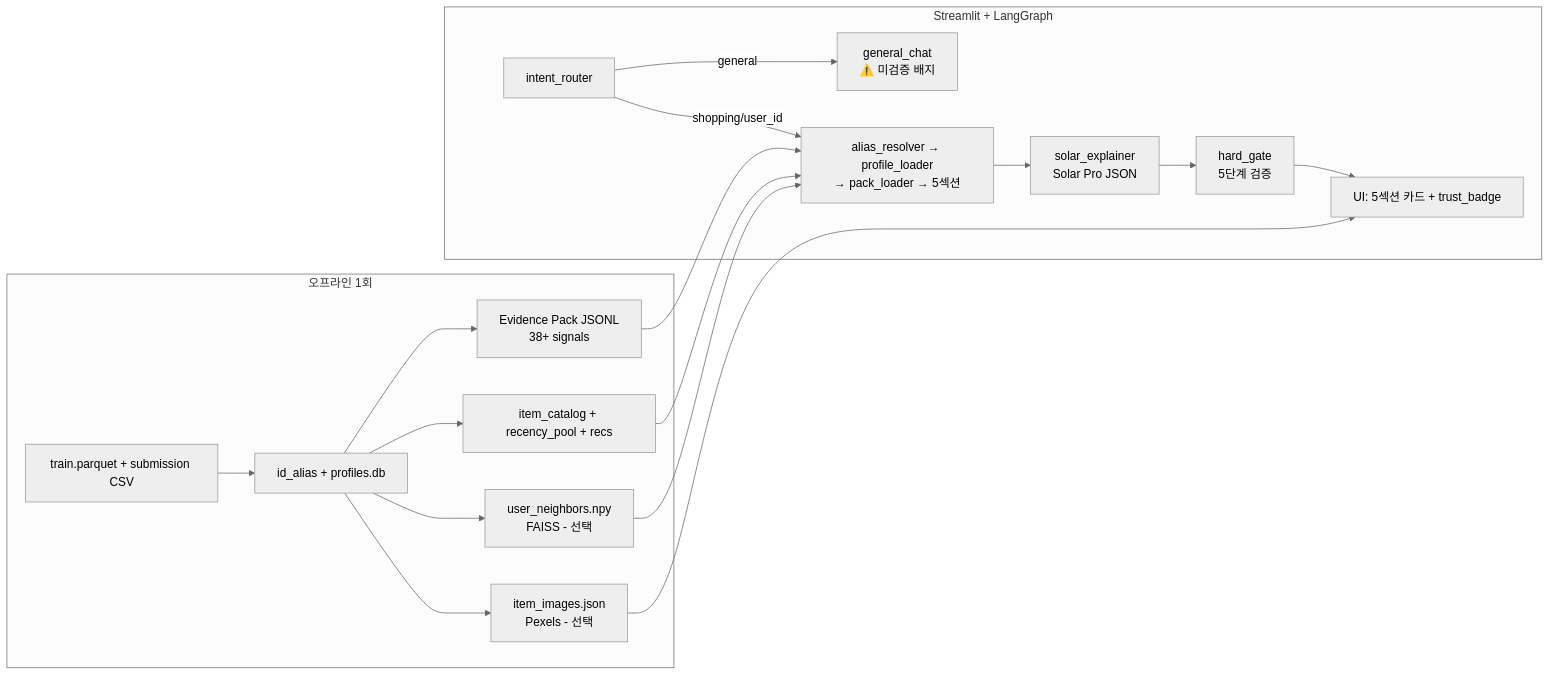
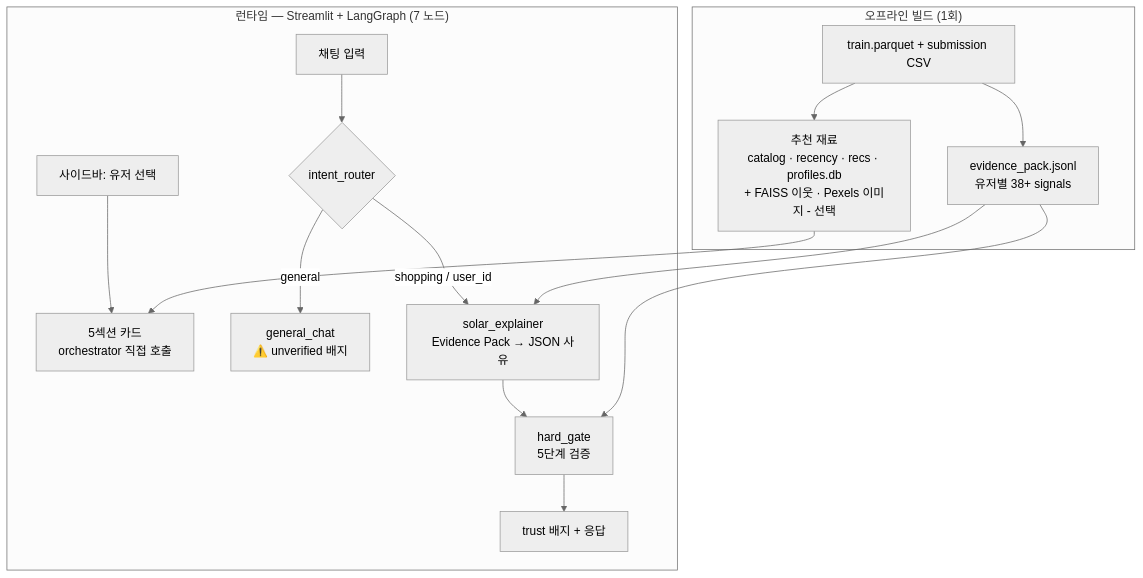
Before and after one commit to yoon-chung/recsys-commerce: the diagram in service/README_mvp.md, drawn with Mermaid (neutral theme). The commit also changed other lines of this file, not shown here.

Commit message:
feat/update README_mvp.md

````diff
--- a/service/README_mvp.md
+++ b/service/README_mvp.md
@@ -67,23 +69,21 @@
 ```mermaid
-flowchart LR
-  subgraph offline [오프라인 1회]
-    A[train.parquet + submission CSV] --> B[id_alias + profiles.db]
-    B --> C[Evidence Pack JSONL\n38+ signals]
-    B --> D[item_catalog + recency_pool + recs]
-    B --> E[user_neighbors.npy\nFAISS - 선택]
-    B --> F[item_images.json\nPexels - 선택]
+flowchart TB
+  subgraph offline ["오프라인 빌드 (1회)"]
+    SRC[train.parquet + submission CSV]
+    SRC --> EP[evidence_pack.jsonl<br/>유저별 38+ signals]
+    SRC --> RM[추천 재료<br/>catalog · recency · recs · profiles.db<br/>+ FAISS 이웃 · Pexels 이미지 - 선택]
   end
 
-  subgraph runtime [Streamlit + LangGraph]
-    R[intent_router] -->|general| G[general_chat\n⚠️ 미검증 배지]
-    R -->|shopping/user_id| L[alias_resolver → profile_loader\n→ pack_loader → 5섹션]
-    L --> S[solar_explainer\nSolar Pro JSON]
-    S --> H[hard_gate\n5단계 검증]
-    H --> U[UI: 5섹션 카드 + trust_badge]
+  subgraph runtime ["런타임 — Streamlit + LangGraph (7 노드)"]
+    SEL[사이드바: 유저 선택] --> CARDS[5섹션 카드<br/>orchestrator 직접 호출]
+    CHAT[채팅 입력] --> RT{intent_router}
+    RT -->|general| GEN[general_chat<br/>⚠️ unverified 배지]
+    RT -->|shopping / user_id| LLM[solar_explainer<br/>Evidence Pack → JSON 사유]
+    LLM --> GATE[hard_gate<br/>5단계 검증]
+    GATE --> OUT[trust 배지 + 응답]
   end
 
-  C --> L
-  D --> L
-  E --> L
-  F --> U
+  RM --> CARDS
+  EP --> LLM
+  EP --> GATE
 ```
````
